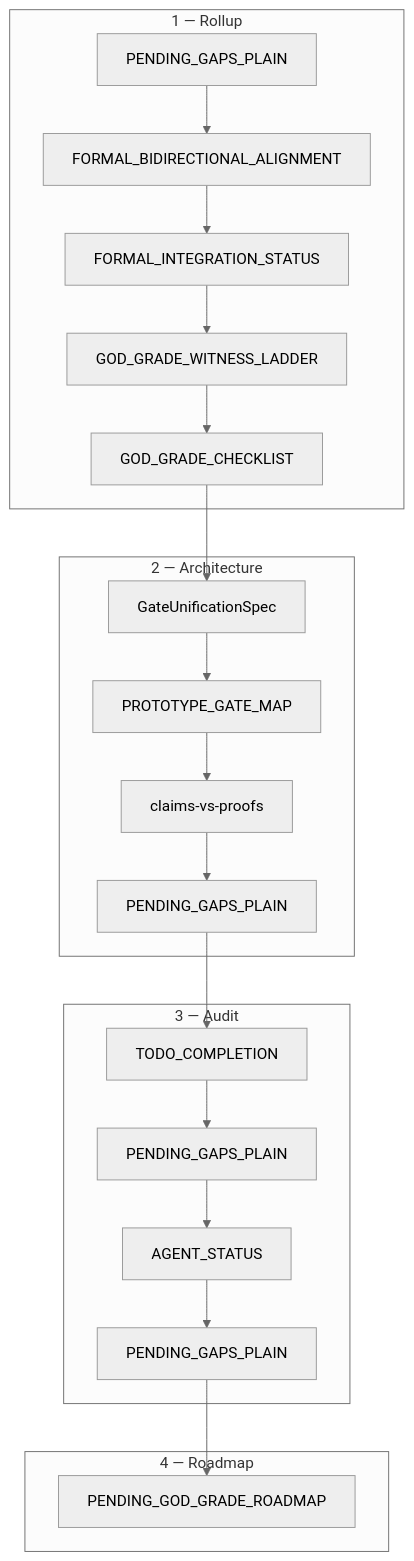
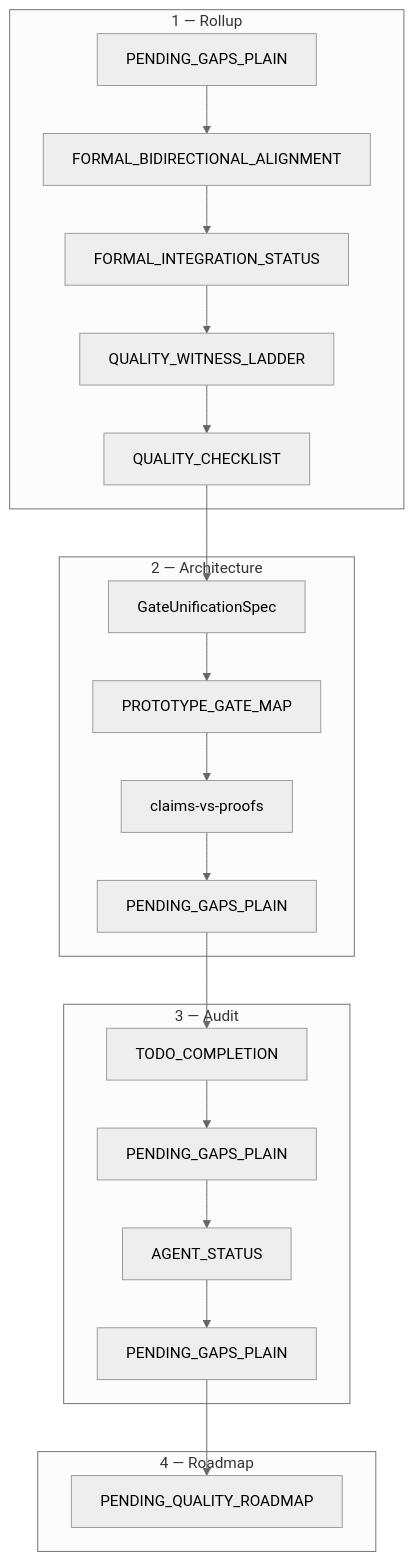
One commit to tytolabs/umst-manifold changed the diagram in docs/README.md. Above: the diagram before and after it, drawn with Mermaid (neutral theme). The commit also changed 14 other files, not shown here.

````diff
--- a/docs/README.md
+++ b/docs/README.md
@@ -93,29 +93,29 @@
 ```mermaid
 flowchart TB
   subgraph rollup["1 — Rollup"]
     U[PENDING_GAPS_PLAIN]
     F[FORMAL_BIDIRECTIONAL_ALIGNMENT]
     I[FORMAL_INTEGRATION_STATUS]
-    L[GOD_GRADE_WITNESS_LADDER]
-    C[GOD_GRADE_CHECKLIST]
+    L[QUALITY_WITNESS_LADDER]
+    C[QUALITY_CHECKLIST]
   end
   subgraph arch["2 — Architecture"]
     G[GateUnificationSpec]
     P[PROTOTYPE_GATE_MAP]
     X[claims-vs-proofs]
     CI[PENDING_GAPS_PLAIN]
   end
   subgraph audit["3 — Audit"]
     T[TODO_COMPLETION]
     TV[PENDING_GAPS_PLAIN]
     A[AGENT_STATUS]
     E[PENDING_GAPS_PLAIN]
   end
   subgraph road["4 — Roadmap"]
-    R[PENDING_GOD_GRADE_ROADMAP]
+    R[PENDING_QUALITY_ROADMAP]
   end
   U --> F --> I --> L --> C
   C --> G --> P --> X --> CI
   CI --> T --> TV --> A --> E
   E --> R
 ```
````
